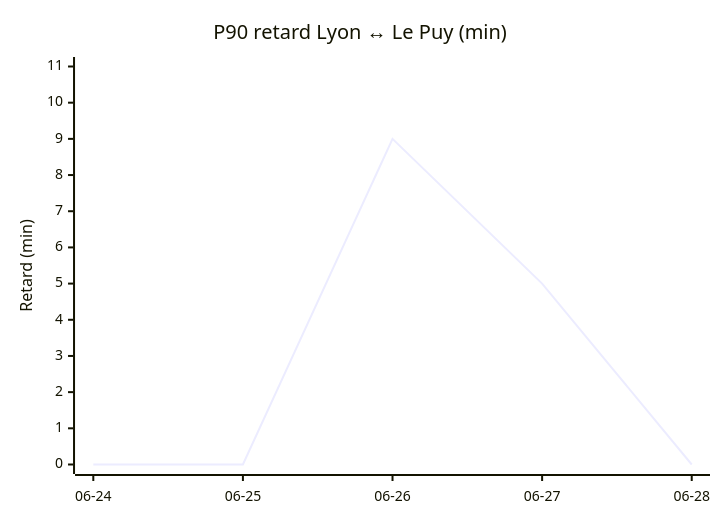
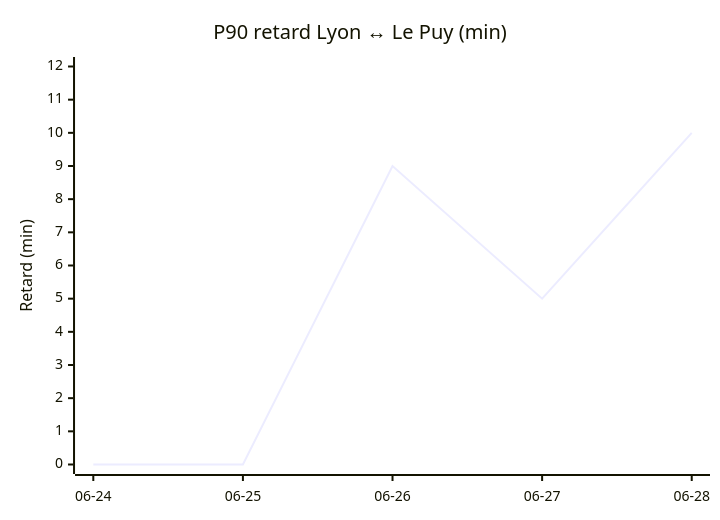
One commit to antoinerep/horaire-ter changed the third of 4 diagrams in STATS.md. Above: the diagram before and after it, drawn with Mermaid. The commit also changed other lines of this file and 1 other file, not shown here.

````diff
--- a/STATS.md
+++ b/STATS.md
@@ -77,7 +77,7 @@
 ```mermaid
 xychart-beta
     title "P90 retard Lyon ↔ Le Puy (min)"
     x-axis ["06-24", "06-25", "06-26", "06-27", "06-28"]
-    y-axis "Retard (min)" 0 --> 11
-    line [0.0, 0.0, 9.0, 5.0, 0.0]
+    y-axis "Retard (min)" 0 --> 12
+    line [0.0, 0.0, 9.0, 5.0, 10.0]
 ```
````
